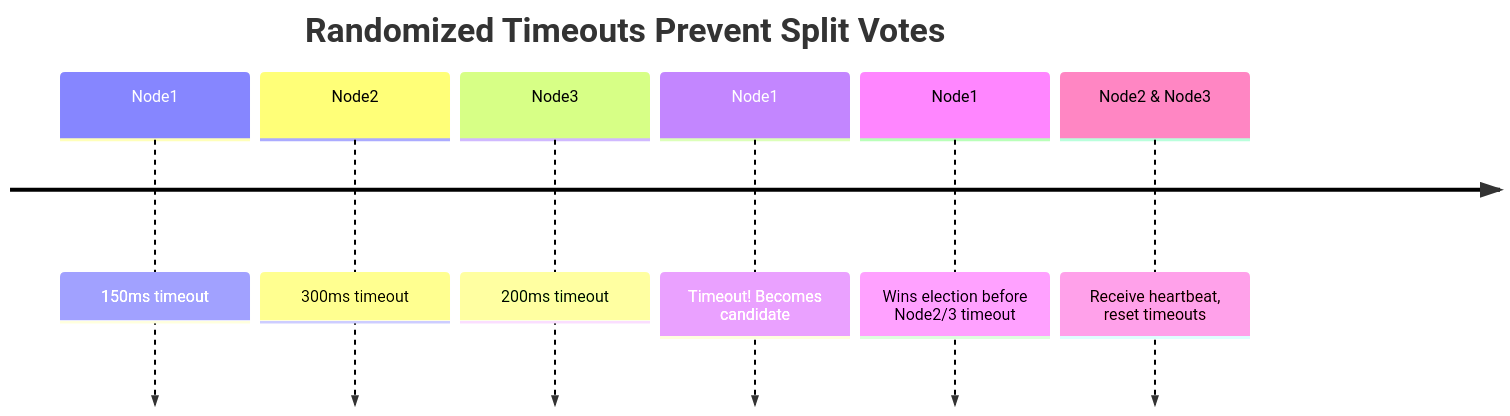
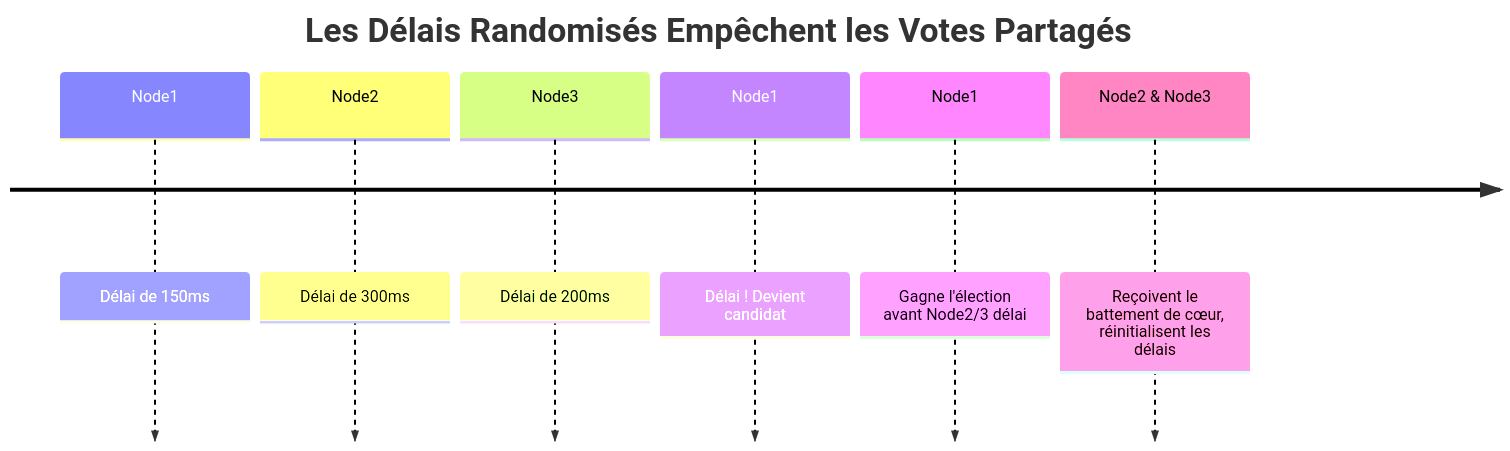
The tenth of 10 diagrams in src/consensus/12-raft-algorithm.md (dardourimohamed/distributed-systems-course), drawn with Mermaid before and after one commit. The commit also changed other lines of this file and 38 other files, not shown here.

````diff
--- a/src/consensus/12-raft-algorithm.md
+++ b/src/consensus/12-raft-algorithm.md
@@ -378,12 +381,12 @@
 ```mermaid
 timeline
-    title Randomized Timeouts Prevent Split Votes
+    title Les Délais Randomisés Empêchent les Votes Partagés
 
-    Node1 : 150ms timeout
-    Node2 : 300ms timeout
-    Node3 : 200ms timeout
+    Node1 : Délai de 150ms
+    Node2 : Délai de 300ms
+    Node3 : Délai de 200ms
 
-    Node1 : Timeout! Becomes candidate
-    Node1 : Wins election before Node2/3 timeout
-    Node2 & Node3 : Receive heartbeat, reset timeouts
+    Node1 : Délai ! Devient candidat
+    Node1 : Gagne l'élection avant Node2/3 délai
+    Node2 & Node3 : Reçoivent le battement de cœur, réinitialisent les délais
 ```
````
